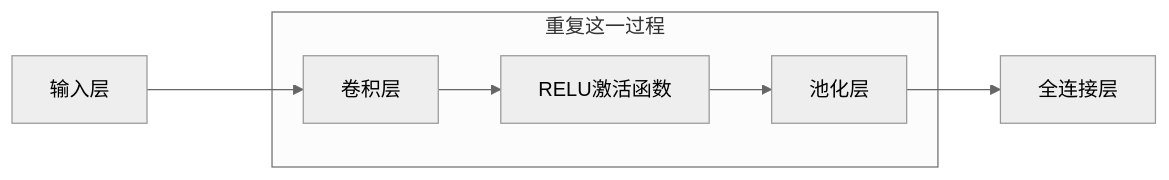
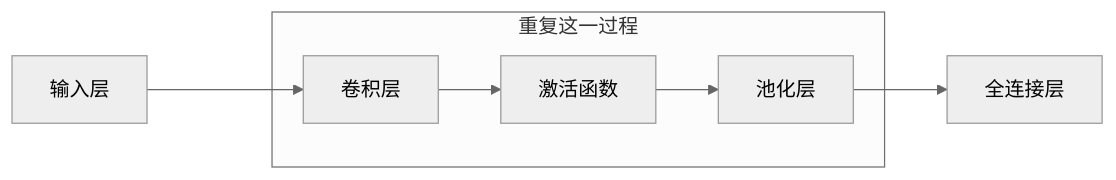
Before and after one commit to sigmax01/ml: the diagram in docs/算法/神经网络/卷积神经网络.md, drawn with Mermaid (neutral theme). The commit also changed other lines of this file and 1 other file, not shown here.

````diff
--- a/docs/算法/神经网络/卷积神经网络.md
+++ b/docs/算法/神经网络/卷积神经网络.md
@@ -38,9 +38,9 @@
 ``` mermaid
 graph LR
     A[输入层] ---> B[卷积层]
     subgraph 重复这一过程
-        B --> C[RELU激活函数]
+        B --> C[激活函数]
         C --> D[池化层]
     end
     D --> E[全连接层]
 ```
````
